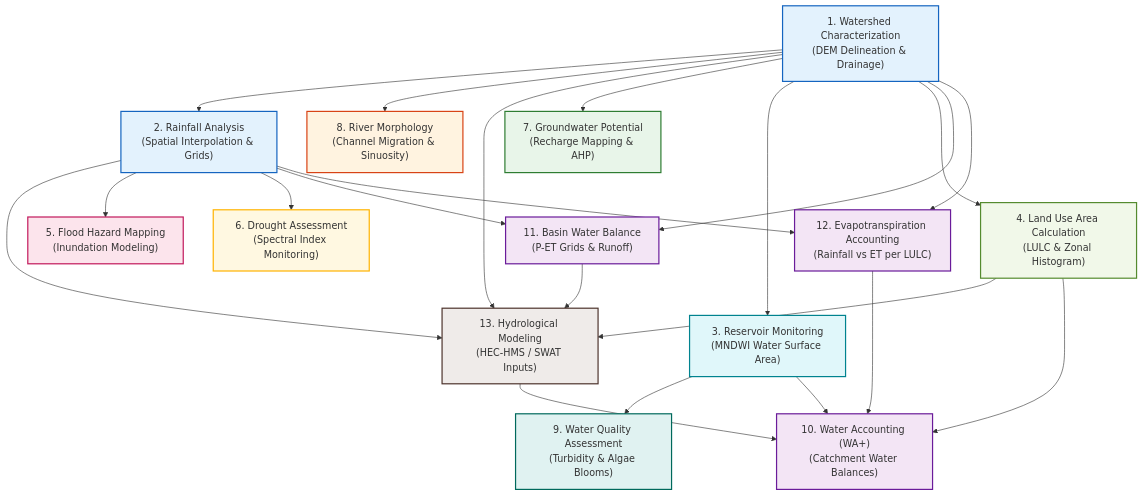
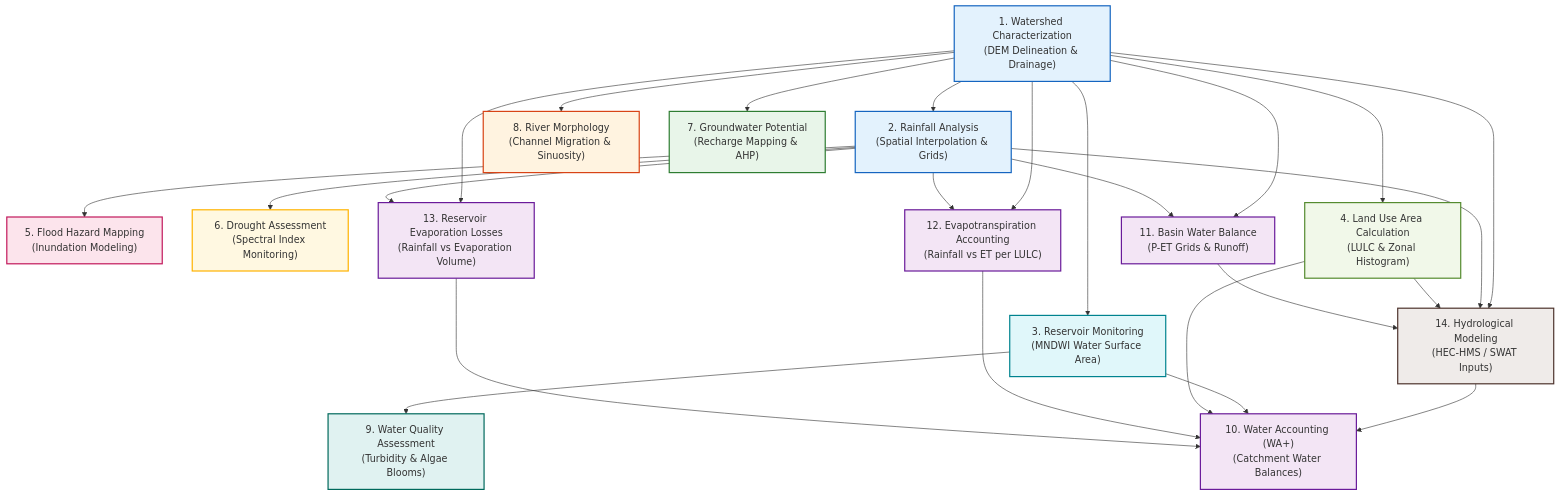
The diagram in docs/hydrology_apps/index.md (Rotten-Grapes-Pvt-Ltd/QGIS-WECS), drawn with Mermaid before and after one commit. The commit also changed other lines of this file and 2 other files, not shown here.

Commit message:
docs: add and integrate Reservoir Evaporation Losses guide

````diff
--- a/docs/hydrology_apps/index.md
+++ b/docs/hydrology_apps/index.md
@@ -13,45 +13,50 @@
 ```mermaid
 flowchart TD
     A["1. Watershed Characterization<br/>(DEM Delineation & Drainage)"] --> B["2. Rainfall Analysis<br/>(Spatial Interpolation & Grids)"]
     A --> C["8. River Morphology<br/>(Channel Migration & Sinuosity)"]
-    A --> J["13. Hydrological Modeling<br/>(HEC-HMS / SWAT Inputs)"]
+    A --> J["14. Hydrological Modeling<br/>(HEC-HMS / SWAT Inputs)"]
     
     B --> J
     B --> D["5. Flood Hazard Mapping<br/>(Inundation Modeling)"]
     B --> E["6. Drought Assessment<br/>(Spectral Index Monitoring)"]
     
     A --> F["7. Groundwater Potential<br/>(Recharge Mapping & AHP)"]
     
     A --> G["3. Reservoir Monitoring<br/>(MNDWI Water Surface Area)"]
     G --> H["9. Water Quality Assessment<br/>(Turbidity & Algae Blooms)"]
     
     J --> I["10. Water Accounting (WA+)<br/>(Catchment Water Balances)"]
     G --> I
     
     A --> K["4. Land Use Area Calculation<br/>(LULC & Zonal Histogram)"]
     K --> J
     K --> I
     
     A --> L["11. Basin Water Balance<br/>(P-ET Grids & Runoff)"]
     B --> L
     L --> J
 
     A --> M["12. Evapotranspiration Accounting<br/>(Rainfall vs ET per LULC)"]
     B --> M
     M --> I
 
+    A --> N["13. Reservoir Evaporation Losses<br/>(Rainfall vs Evaporation Volume)"]
+    B --> N
+    N --> I
+
     %% Styling
     style A fill:#e3f2fd,stroke:#1565c0,stroke-width:2px
     style B fill:#e3f2fd,stroke:#1565c0,stroke-width:2px
     style C fill:#fff3e0,stroke:#d84315,stroke-width:2px
     style D fill:#fce4ec,stroke:#c2185b,stroke-width:2px
     style E fill:#fff8e1,stroke:#ffb300,stroke-width:2px
     style F fill:#e8f5e9,stroke:#2e7d32,stroke-width:2px
     style G fill:#e0f7fa,stroke:#00838f,stroke-width:2px
     style H fill:#e0f2f1,stroke:#00695c,stroke-width:2px
     style I fill:#f3e5f5,stroke:#6a1b9a,stroke-width:2px
     style J fill:#efebe9,stroke:#4e342e,stroke-width:2px
     style K fill:#f1f8e9,stroke:#558b2f,stroke-width:2px
     style L fill:#f3e5f5,stroke:#6a1b9a,stroke-width:2px
     style M fill:#f3e5f5,stroke:#6a1b9a,stroke-width:2px
+    style N fill:#f3e5f5,stroke:#6a1b9a,stroke-width:2px
 ```
````
